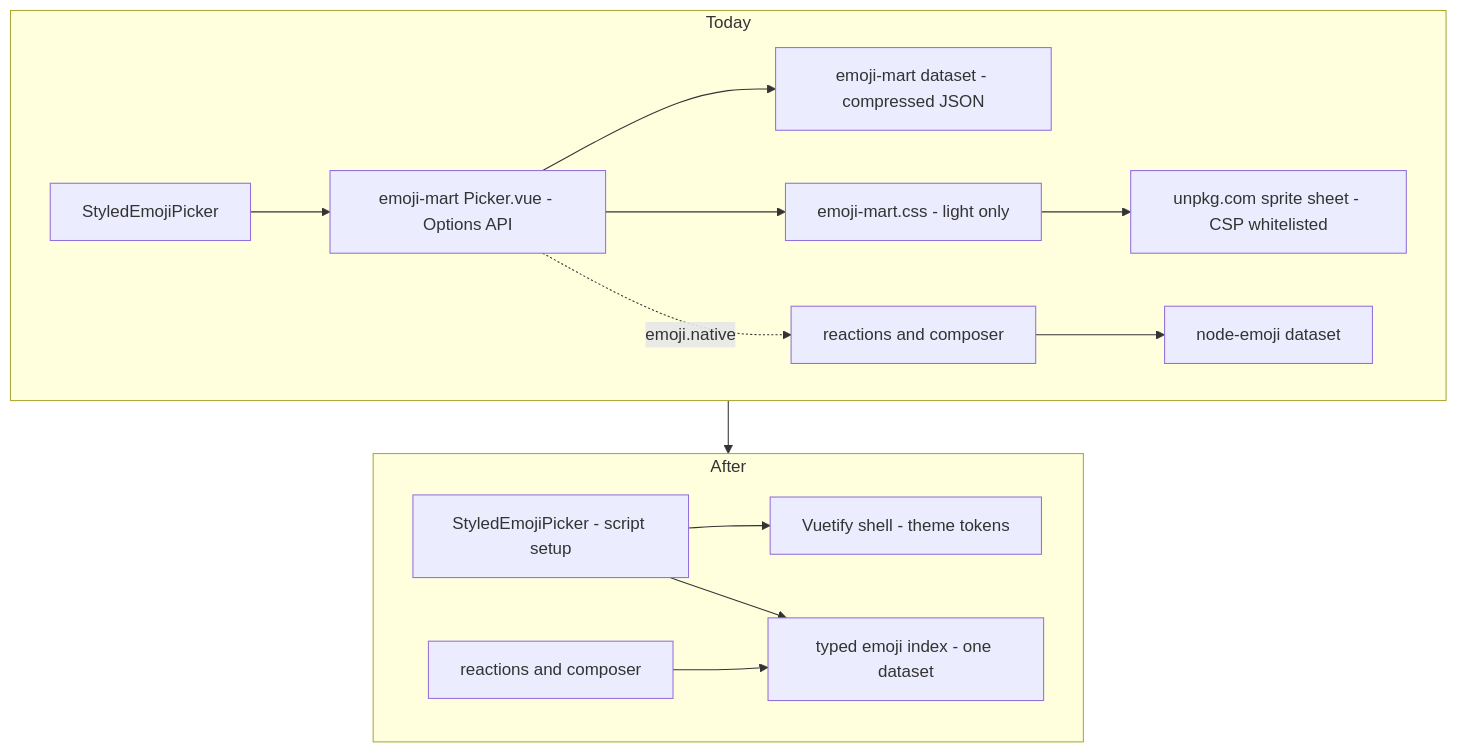
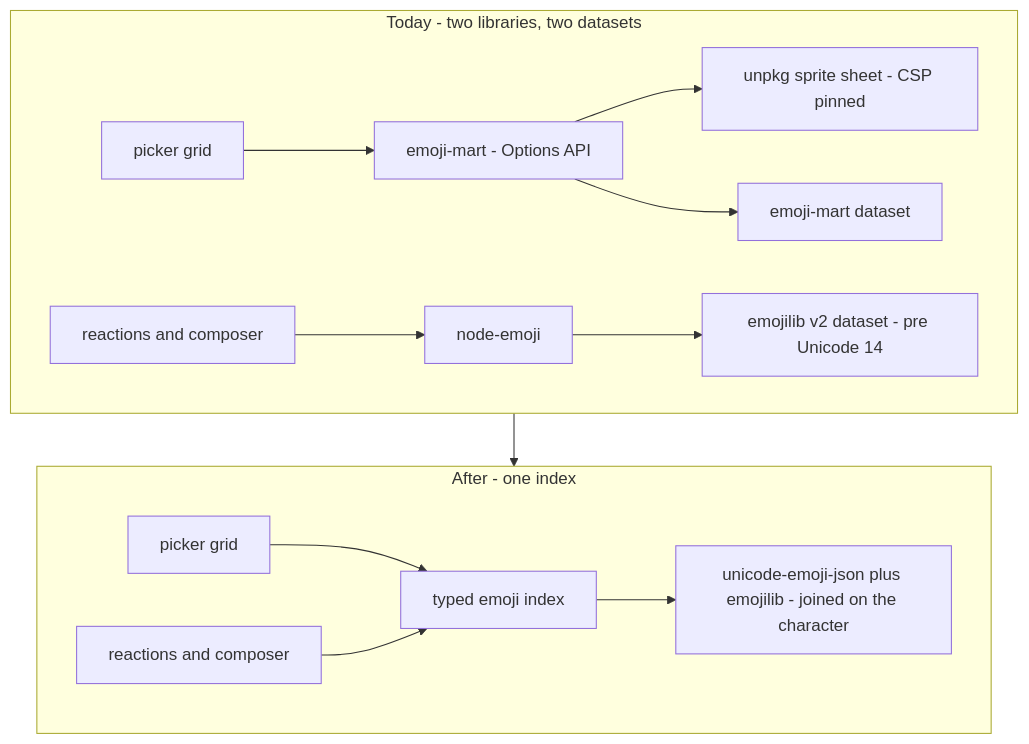
The diagram in packages/app/content/docs/proposals/refactors/emoji-picker-rewrite.md (Esposter/Esposter), drawn with Mermaid before and after one commit. The commit also changed other lines of this file, not shown here.

First line of the commit message:
docs: retire both emoji libraries in the picker proposal rather than port one

````diff
--- a/packages/app/content/docs/proposals/refactors/emoji-picker-rewrite.md
+++ b/packages/app/content/docs/proposals/refactors/emoji-picker-rewrite.md
@@ -24,17 +28,16 @@
 ```mermaid
 flowchart TB
-  subgraph today["Today"]
-    P["StyledEmojiPicker"] --> MP["emoji-mart Picker.vue - Options API"]
-    MP --> MD["emoji-mart dataset - compressed JSON"]
-    MP --> CSS["emoji-mart.css - light only"]
-    CSS --> CDN["unpkg.com sprite sheet - CSP whitelisted"]
-    R["reactions and composer"] --> NE["node-emoji dataset"]
-    MP -.->|"emoji.native"| R
+  subgraph today["Today - two libraries, two datasets"]
+    PICK["picker grid"] --> MART["emoji-mart - Options API"]
+    MART --> SPRITE["unpkg sprite sheet - CSP pinned"]
+    MART --> D1["emoji-mart dataset"]
+    REACT["reactions and composer"] --> NE["node-emoji"]
+    NE --> D2["emojilib v2 dataset - pre Unicode 14"]
   end
-  subgraph after["After"]
-    P2["StyledEmojiPicker - script setup"] --> V["Vuetify shell - theme tokens"]
-    P2 --> IDX["typed emoji index - one dataset"]
-    R2["reactions and composer"] --> IDX
+  subgraph after["After - one index"]
+    PICK2["picker grid"] --> IDX["typed emoji index"]
+    REACT2["reactions and composer"] --> IDX
+    IDX --> D3["unicode-emoji-json plus emojilib - joined on the character"]
   end
   today --> after
 ```
````
